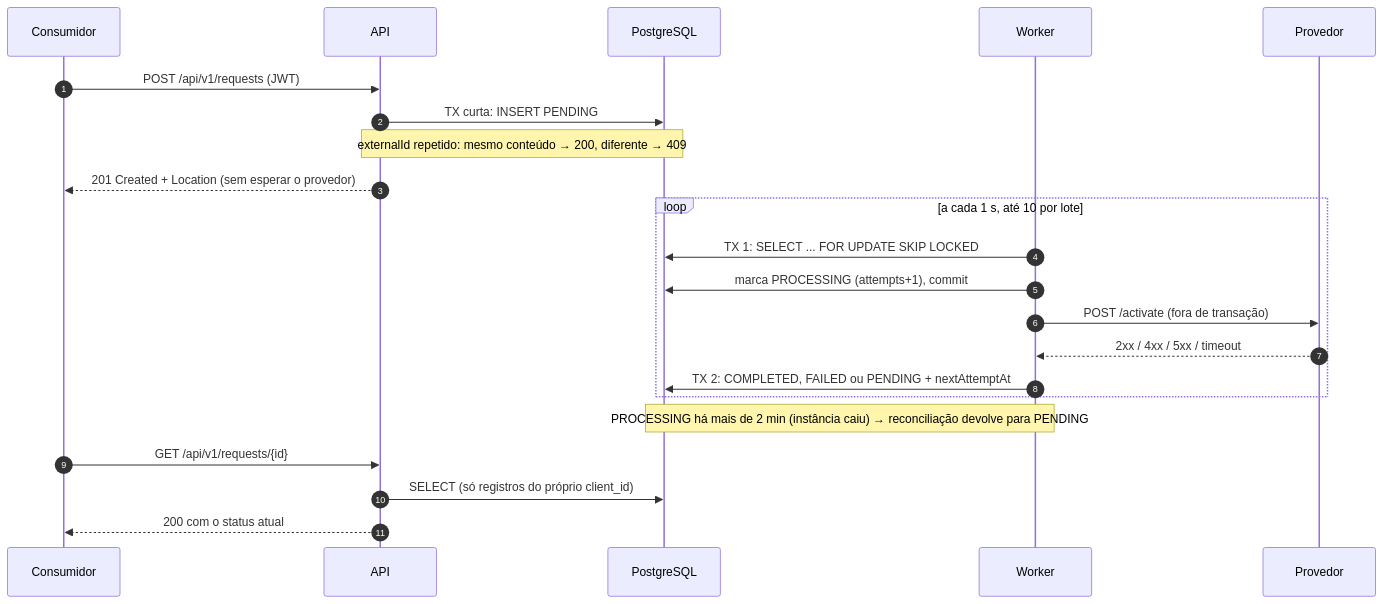
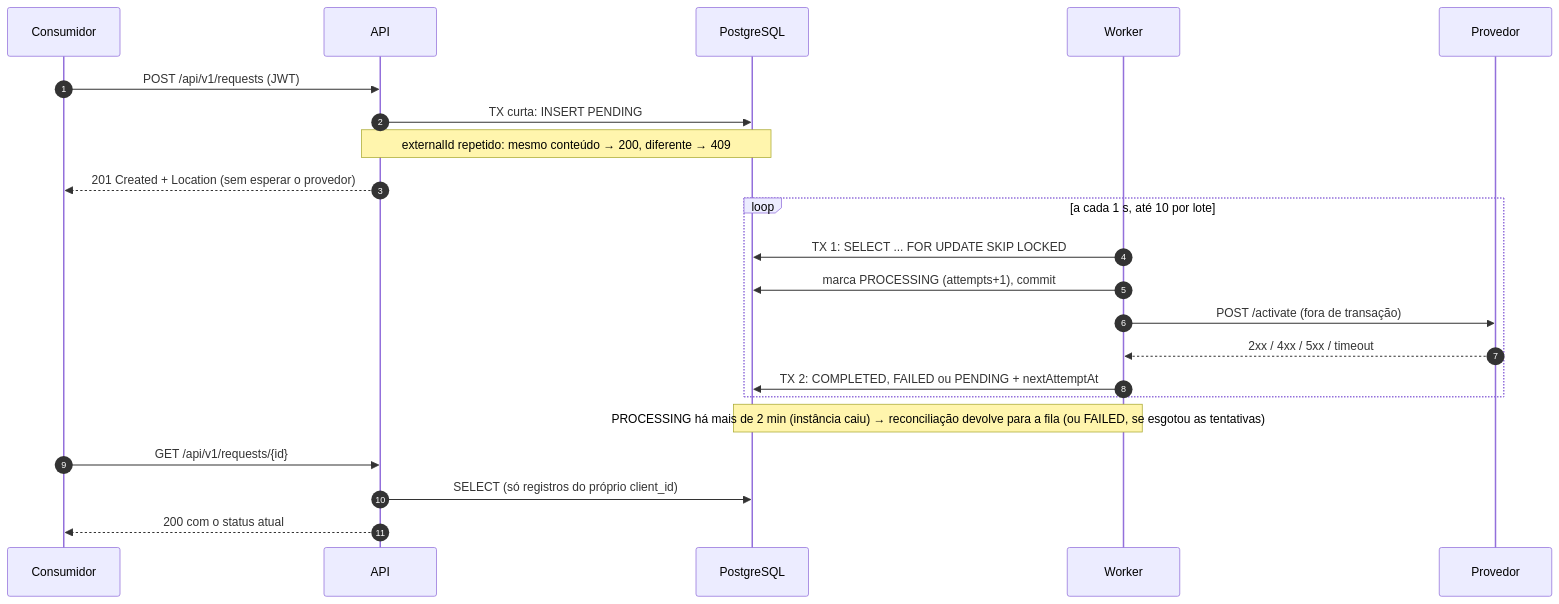
The second of 2 diagrams in README.md (Luigicuri/luigicuri-activation-service), drawn with Mermaid before and after one commit. The commit also changed other lines of this file and 4 other files, not shown here.

````diff
--- a/README.md
+++ b/README.md
@@ -64,27 +64,27 @@
 ```mermaid
 sequenceDiagram
     autonumber
     participant C as Consumidor
     participant API as API
     participant DB as PostgreSQL
     participant W as Worker
     participant P as Provedor
 
     C->>API: POST /api/v1/requests (JWT)
     API->>DB: TX curta: INSERT PENDING
     Note over API,DB: externalId repetido: mesmo conteúdo → 200, diferente → 409
     API-->>C: 201 Created + Location (sem esperar o provedor)
 
     loop a cada 1 s, até 10 por lote
         W->>DB: TX 1: SELECT ... FOR UPDATE SKIP LOCKED
         W->>DB: marca PROCESSING (attempts+1), commit
         W->>P: POST /activate (fora de transação)
         P-->>W: 2xx / 4xx / 5xx / timeout
         W->>DB: TX 2: COMPLETED, FAILED ou PENDING + nextAttemptAt
     end
-    Note over W,DB: PROCESSING há mais de 2 min (instância caiu) → reconciliação devolve para PENDING
+    Note over W,DB: PROCESSING há mais de 2 min (instância caiu) → reconciliação devolve para a fila (ou FAILED, se esgotou as tentativas)
 
     C->>API: GET /api/v1/requests/{id}
     API->>DB: SELECT (só registros do próprio client_id)
     API-->>C: 200 com o status atual
 ```
````
